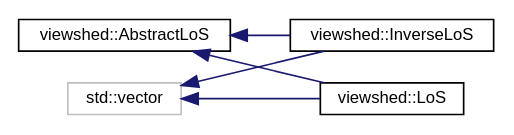
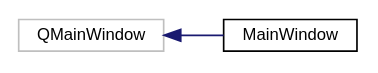
Before and after one commit to JanCaha/cpp-viewshed-library: the diagram in inherit_graph_3.dot, drawn with Graphviz. The commit also changed 167 other files, not shown here.

```diff
--- a/inherit_graph_3.dot
+++ b/inherit_graph_3.dot
@@ -1,15 +1,10 @@
 digraph "Graphical Class Hierarchy"
 {
  // LATEX_PDF_SIZE
   edge [fontname="Helvetica",fontsize="10",labelfontname="Helvetica",labelfontsize="10"];
   node [fontname="Helvetica",fontsize="10",shape=record];
   rankdir="LR";
-  Node0 [label="viewshed::AbstractLoS",height=0.2,width=0.4,color="black", fillcolor="white", style="filled",URL="$classviewshed_1_1AbstractLoS.html",tooltip="Abstract class that represent line-of-sight (LoS). Consists of LoSNodes, view point and target point ..."];
-  Node0 -> Node1 [dir="back",color="midnightblue",fontsize="10",style="solid",fontname="Helvetica"];
-  Node1 [label="viewshed::InverseLoS",height=0.2,width=0.4,color="black", fillcolor="white", style="filled",URL="$classviewshed_1_1InverseLoS.html",tooltip="Class that represents InverseLoS, that is LoS used in Inverse Viewshed calculation."];
-  Node0 -> Node2 [dir="back",color="midnightblue",fontsize="10",style="solid",fontname="Helvetica"];
-  Node2 [label="viewshed::LoS",height=0.2,width=0.4,color="black", fillcolor="white", style="filled",URL="$classviewshed_1_1LoS.html",tooltip="Class that represents LoS for classic Viewshed calculation."];
-  Node36 [label="std::vector",height=0.2,width=0.4,color="grey75", fillcolor="white", style="filled",tooltip=" "];
-  Node36 -> Node1 [dir="back",color="midnightblue",fontsize="10",style="solid",fontname="Helvetica"];
-  Node36 -> Node2 [dir="back",color="midnightblue",fontsize="10",style="solid",fontname="Helvetica"];
+  Node26 [label="QMainWindow",height=0.2,width=0.4,color="grey75", fillcolor="white", style="filled",tooltip=" "];
+  Node26 -> Node0 [dir="back",color="midnightblue",fontsize="10",style="solid",fontname="Helvetica"];
+  Node0 [label="MainWindow",height=0.2,width=0.4,color="black", fillcolor="white", style="filled",URL="$classMainWindow.html",tooltip=" "];
 }
```
